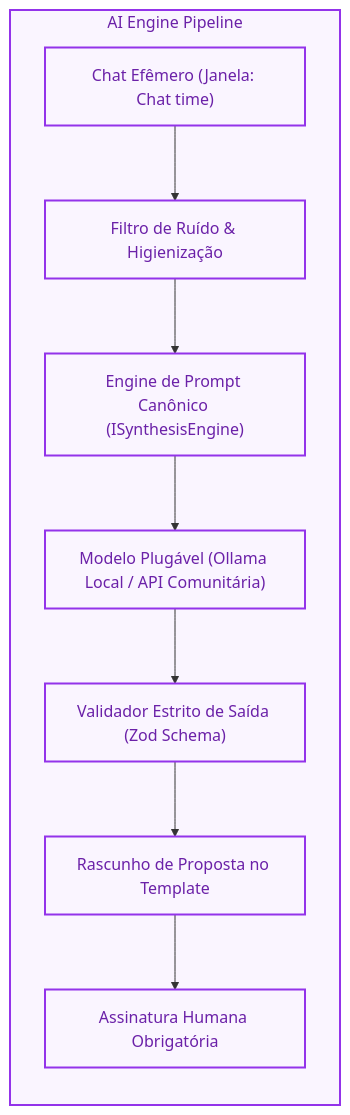
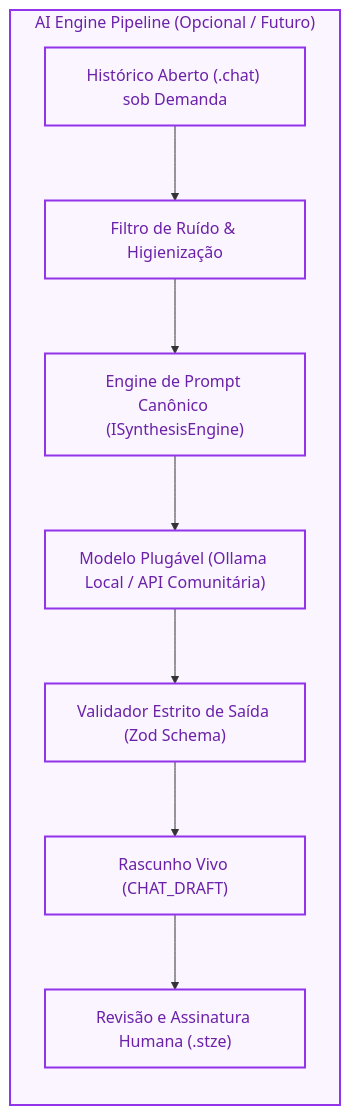
One commit to mBaiadori/sintetizing changed the diagram in system-design/04_AI.md. Above: the diagram before and after it, drawn with Mermaid. The commit also changed other lines of this file and 59 other files, not shown here.

````diff
--- a/system-design/04_AI.md
+++ b/system-design/04_AI.md
@@ -20,15 +20,15 @@
 ```mermaid
 flowchart TD
     classDef ai fill:#faf5ff,stroke:#9333ea,stroke-width:2px,color:#6b21a8;
 
-    subgraph AIService ["AI Engine Pipeline"]
+    subgraph AIService ["AI Engine Pipeline (Opcional / Futuro)"]
         direction TB
-        CHAT["Chat Efêmero (Janela: Chat time)"] --> SANITIZE["Filtro de Ruído & Higienização"]
+        CHAT["Histórico Aberto (.chat) sob Demanda"] --> SANITIZE["Filtro de Ruído & Higienização"]
         SANITIZE --> PROMPT["Engine de Prompt Canônico (ISynthesisEngine)"]
         PROMPT --> LLM["Modelo Plugável (Ollama Local / API Comunitária)"]
         LLM --> ZOD_CHECK["Validador Estrito de Saída (Zod Schema)"]
-        ZOD_CHECK --> DRAFT_PROP["Rascunho de Proposta no Template"]
-        DRAFT_PROP --> HUMAN["Assinatura Humana Obrigatória"]
+        ZOD_CHECK --> DRAFT_PROP["Rascunho Vivo (CHAT_DRAFT)"]
+        DRAFT_PROP --> HUMAN["Revisão e Assinatura Humana (.stze)"]
     end
     class AIService,CHAT,SANITIZE,PROMPT,LLM,ZOD_CHECK,DRAFT_PROP,HUMAN ai;
 ```
````
